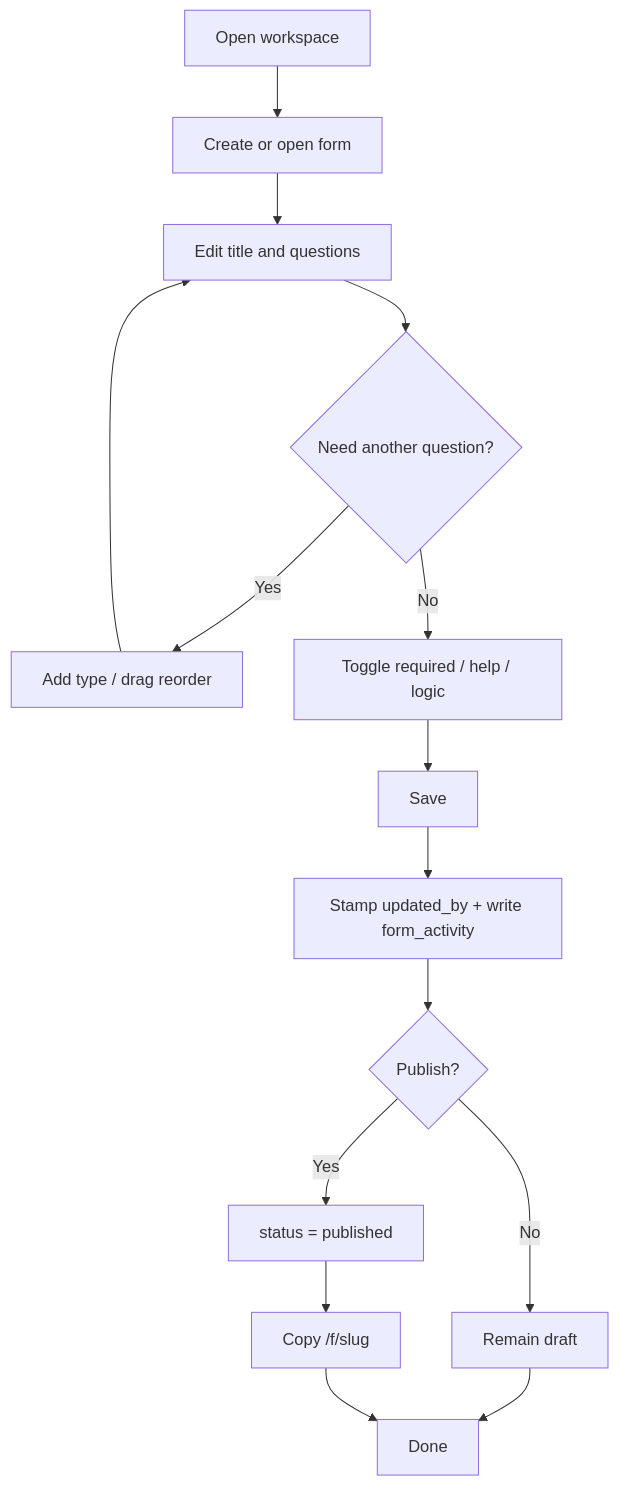
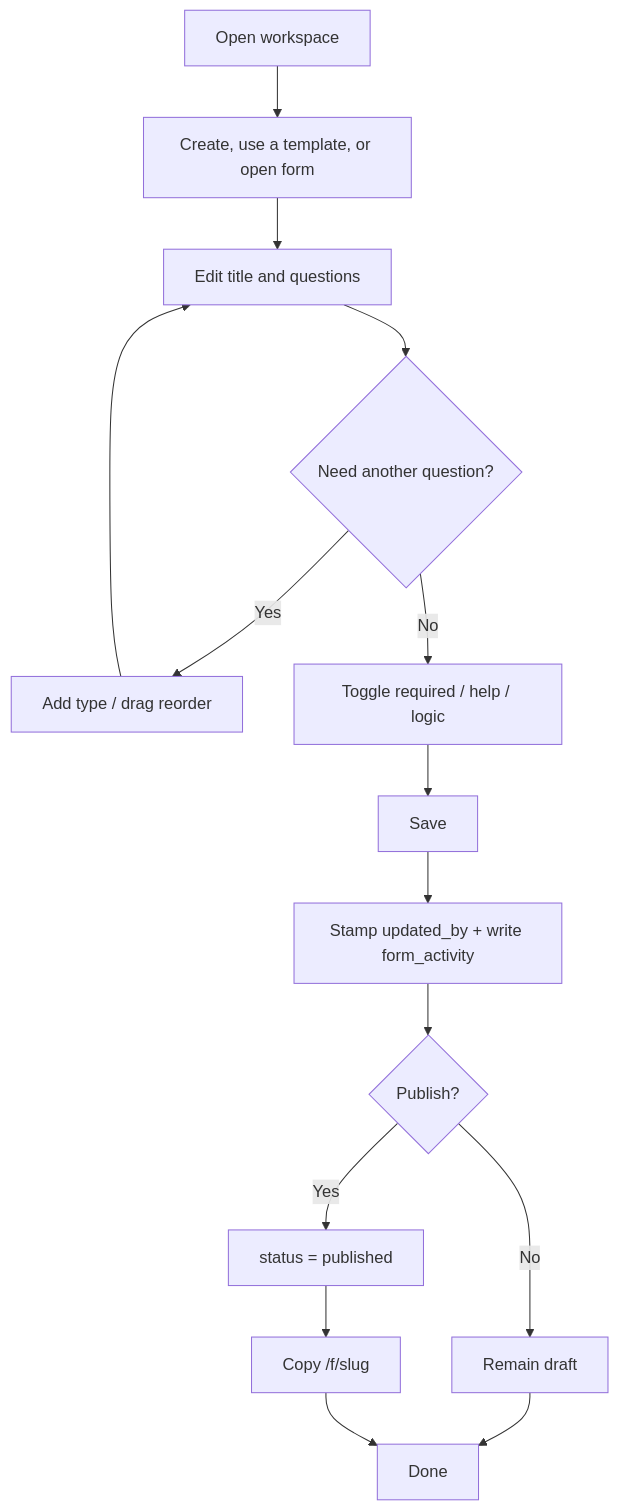
The first of 3 diagrams in docs/diagrams/activity.md (ruthwikkakumani/formly), drawn with Mermaid before and after one commit. The commit also changed other lines of this file and 11 other files, not shown here.

````diff
--- a/docs/diagrams/activity.md
+++ b/docs/diagrams/activity.md
@@ -5,17 +5,17 @@
 ```mermaid
 flowchart TD
-  A[Open workspace] --> B[Create or open form]
+  A[Open workspace] --> B[Create, use a template, or open form]
   B --> C[Edit title and questions]
   C --> D{Need another question?}
   D -->|Yes| E[Add type / drag reorder]
   E --> C
   D -->|No| F[Toggle required / help / logic]
   F --> G[Save]
   G --> G2[Stamp updated_by + write form_activity]
   G2 --> H{Publish?}
   H -->|No| I[Remain draft]
   H -->|Yes| J[status = published]
   J --> K[Copy /f/slug]
   I --> L[Done]
   K --> L
 ```
````
